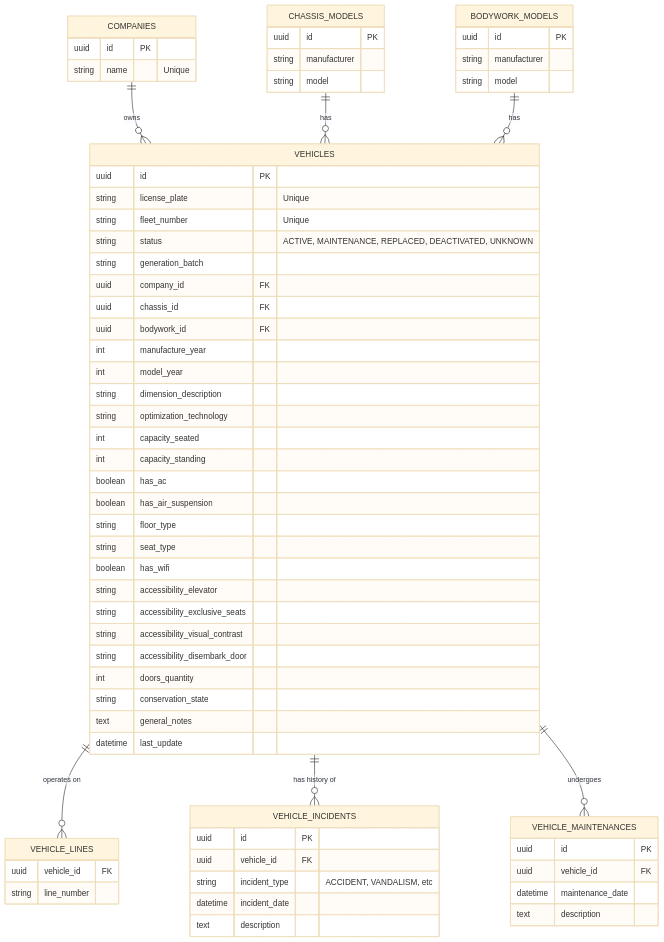
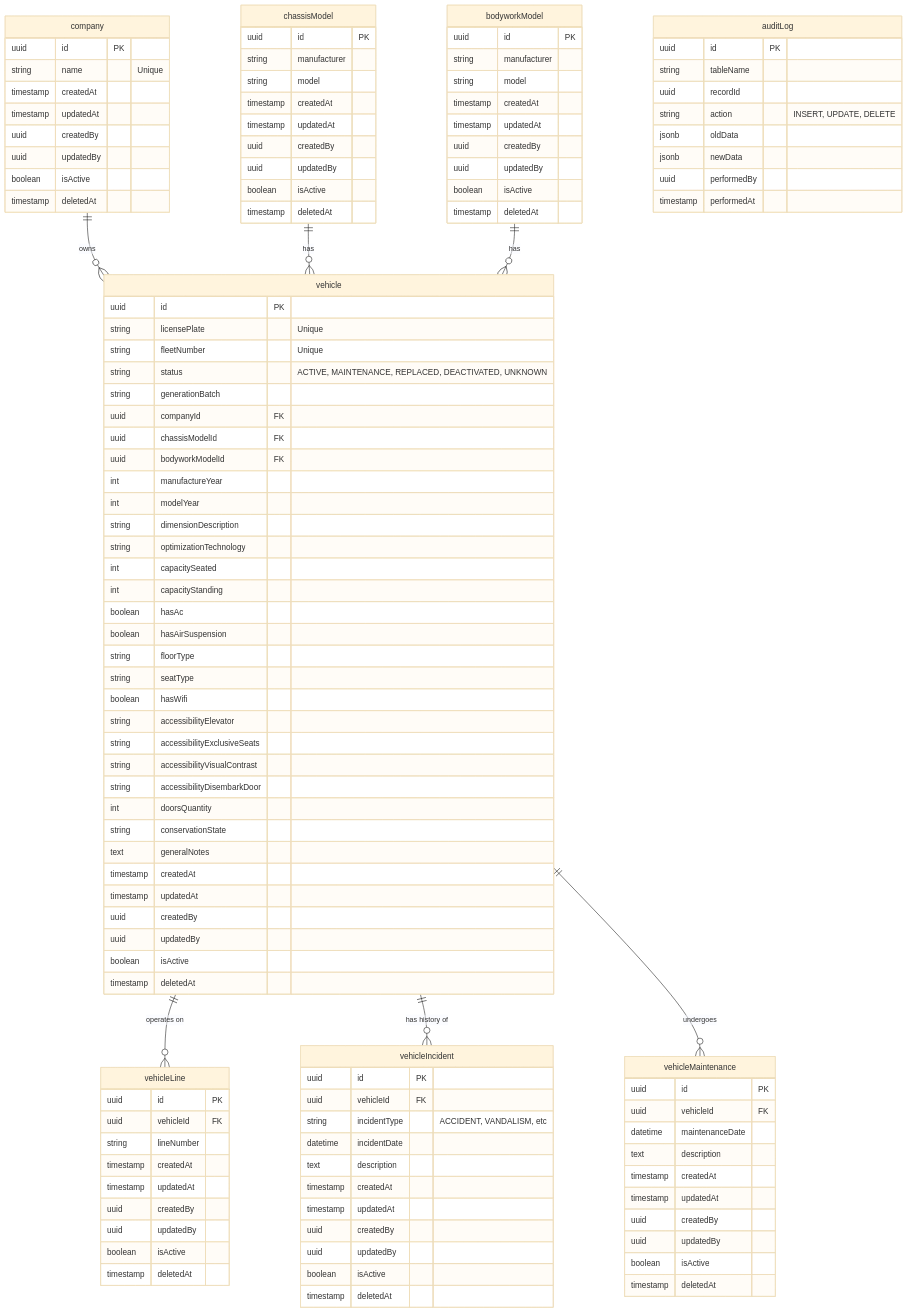
Before and after one commit to gabriersdev/mobilidade: the diagram in docs/planning/bus-repo/database-diagram.md, drawn with Mermaid (base theme). The commit also changed other lines of this file and 2 other files, not shown here.

````diff
--- a/docs/planning/bus-repo/database-diagram.md
+++ b/docs/planning/bus-repo/database-diagram.md
@@ -5,76 +5,129 @@
 ```mermaid
 erDiagram
-    COMPANIES ||--o{ VEHICLES : "owns"
-    CHASSIS_MODELS ||--o{ VEHICLES : "has"
-    BODYWORK_MODELS ||--o{ VEHICLES : "has"
-    VEHICLES ||--o{ VEHICLE_LINES : "operates on"
-    VEHICLES ||--o{ VEHICLE_INCIDENTS : "has history of"
-    VEHICLES ||--o{ VEHICLE_MAINTENANCES : "undergoes"
+    company ||--o{ vehicle : "owns"
+    chassisModel ||--o{ vehicle : "has"
+    bodyworkModel ||--o{ vehicle : "has"
+    vehicle ||--o{ vehicleLine : "operates on"
+    vehicle ||--o{ vehicleIncident : "has history of"
+    vehicle ||--o{ vehicleMaintenance : "undergoes"
 
-    COMPANIES {
+    company {
         uuid id PK
         string name "Unique"
+        timestamp createdAt
+        timestamp updatedAt
+        uuid createdBy
+        uuid updatedBy
+        boolean isActive
+        timestamp deletedAt
     }
 
-    CHASSIS_MODELS {
+    chassisModel {
         uuid id PK
         string manufacturer
         string model
+        timestamp createdAt
+        timestamp updatedAt
+        uuid createdBy
+        uuid updatedBy
+        boolean isActive
+        timestamp deletedAt
     }
 
-    BODYWORK_MODELS {
+    bodyworkModel {
         uuid id PK
         string manufacturer
         string model
+        timestamp createdAt
+        timestamp updatedAt
+        uuid createdBy
+        uuid updatedBy
+        boolean isActive
+        timestamp deletedAt
     }
 
-    VEHICLES {
+    vehicle {
         uuid id PK
-        string license_plate "Unique"
-        string fleet_number "Unique"
+        string licensePlate "Unique"
+        string fleetNumber "Unique"
         string status "ACTIVE, MAINTENANCE, REPLACED, DEACTIVATED, UNKNOWN"
-        string generation_batch
-        uuid company_id FK
-        uuid chassis_id FK
-        uuid bodywork_id FK
-        int manufacture_year
-        int model_year
-        string dimension_description
-        string optimization_technology
-        int capacity_seated
-        int capacity_standing
-        boolean has_ac
-        boolean has_air_suspension
-        string floor_type
-        string seat_type
-        boolean has_wifi
-        string accessibility_elevator
-        string accessibility_exclusive_seats
-        string accessibility_visual_contrast
-        string accessibility_disembark_door
-        int doors_quantity
-        string conservation_state
-        text general_notes
-        datetime last_update
+        string generationBatch
+        uuid companyId FK
+        uuid chassisModelId FK
+        uuid bodyworkModelId FK
+        int manufactureYear
+        int modelYear
+        string dimensionDescription
+        string optimizationTechnology
+        int capacitySeated
+        int capacityStanding
+        boolean hasAc
+        boolean hasAirSuspension
+        string floorType
+        string seatType
+        boolean hasWifi
+        string accessibilityElevator
+        string accessibilityExclusiveSeats
+        string accessibilityVisualContrast
+        string accessibilityDisembarkDoor
+        int doorsQuantity
+        string conservationState
+        text generalNotes
+        timestamp createdAt
+        timestamp updatedAt
+        uuid createdBy
+        uuid updatedBy
+        boolean isActive
+        timestamp deletedAt
     }
 
-    VEHICLE_LINES {
-        uuid vehicle_id FK
-        string line_number
+    vehicleLine {
+        uuid id PK
+        uuid vehicleId FK
+        string lineNumber
+        timestamp createdAt
+        timestamp updatedAt
+        uuid createdBy
+        uuid updatedBy
+        boolean isActive
+        timestamp deletedAt
     }
 
-    VEHICLE_INCIDENTS {
+    vehicleIncident {
         uuid id PK
-        uuid vehicle_id FK
-        string incident_type "ACCIDENT, VANDALISM, etc"
-        datetime incident_date
+        uuid vehicleId FK
+        string incidentType "ACCIDENT, VANDALISM, etc"
+        datetime incidentDate
         text description
+        timestamp createdAt
+        timestamp updatedAt
+        uuid createdBy
+        uuid updatedBy
+        boolean isActive
+        timestamp deletedAt
     }
 
-    VEHICLE_MAINTENANCES {
+    vehicleMaintenance {
         uuid id PK
-        uuid vehicle_id FK
-        datetime maintenance_date
+        uuid vehicleId FK
+        datetime maintenanceDate
         text description
+        timestamp createdAt
+        timestamp updatedAt
+        uuid createdBy
+        uuid updatedBy
+        boolean isActive
+        timestamp deletedAt
+    }
+
+    auditLog {
+        uuid id PK
+        string tableName
+        uuid recordId
+        string action "INSERT, UPDATE, DELETE"
+        jsonb oldData
+        jsonb newData
+        uuid performedBy
+        timestamp performedAt
     }
 ```
````
